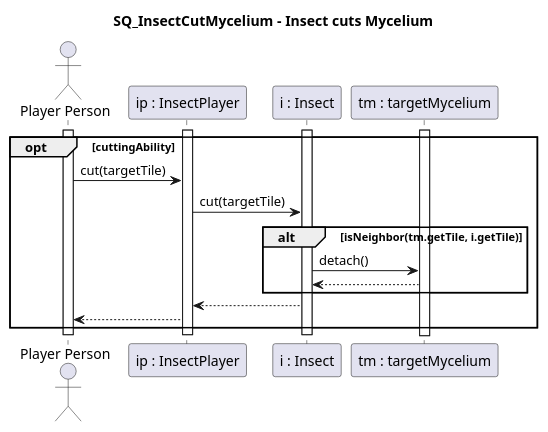
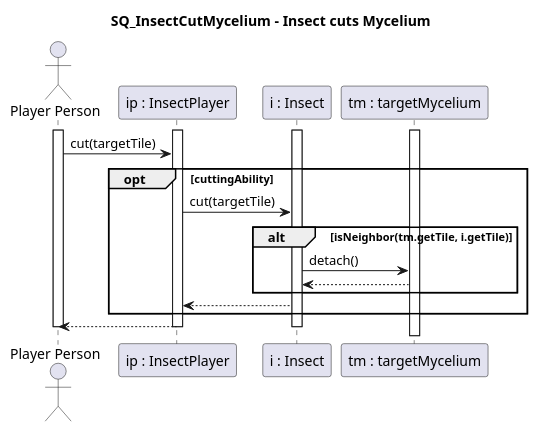
One commit to Harcipan/Projlab_nullpointerexception changed the diagram in diagrams/diagramFiles/SQ_InsectCutMycelium.puml. Above: the diagram before and after it, drawn with PlantUML.

Commit message:
committed one line and messed it up gg

```diff
--- a/diagrams/diagramFiles/SQ_InsectCutMycelium.puml
+++ b/diagrams/diagramFiles/SQ_InsectCutMycelium.puml
@@ -1,30 +1,31 @@
 @startuml SQ_InsectCutMycelium 
 
 title SQ_InsectCutMycelium - Insect cuts Mycelium
 
 actor "Player Person" as Pp
 participant "ip : InsectPlayer" as Ip
 participant "i : Insect" as I
 participant "tm : targetMycelium" as TM
 
 activate Pp
 activate Ip
 activate I
 activate TM
 
+
+Pp -> Ip : cut(targetTile)
 opt cuttingAbility
-    Pp -> Ip : cut(targetTile)
     Ip -> I : cut(targetTile)
     alt isNeighbor(tm.getTile, i.getTile)
         I -> TM : detach()
         TM --> I
     end
     I --> Ip
-    Ip --> Pp
 end
+Ip --> Pp
 
 deactivate I
 deactivate Ip
 deactivate Pp
 
 @enduml
```
